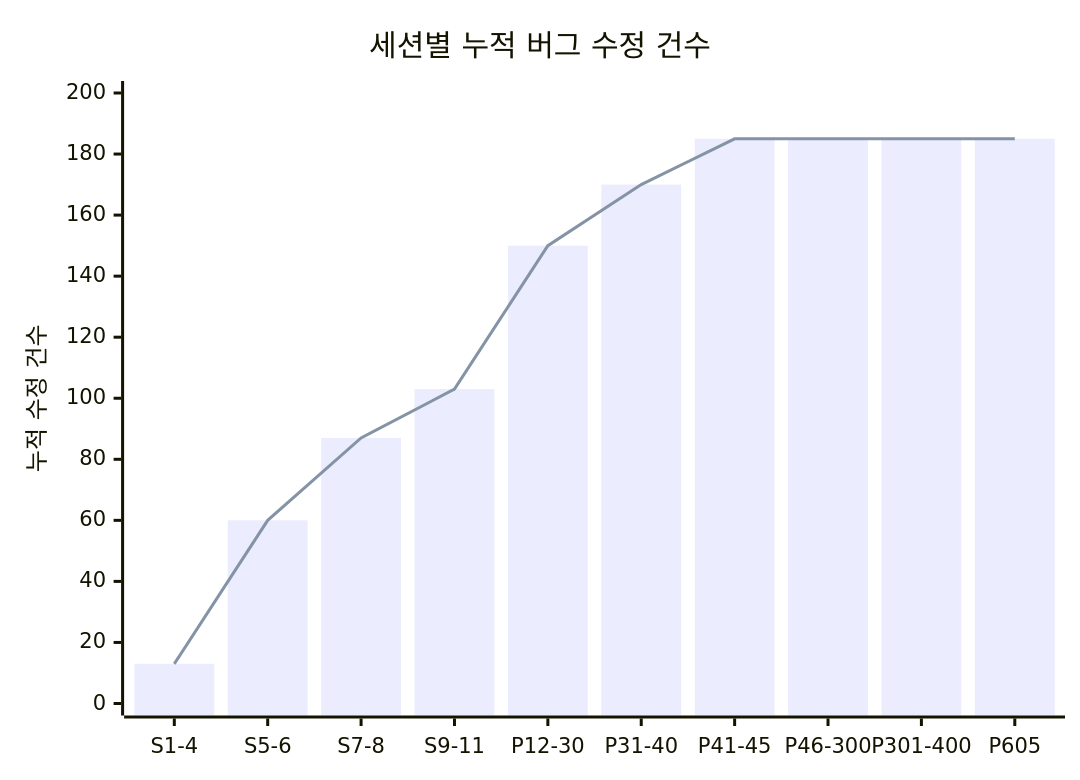
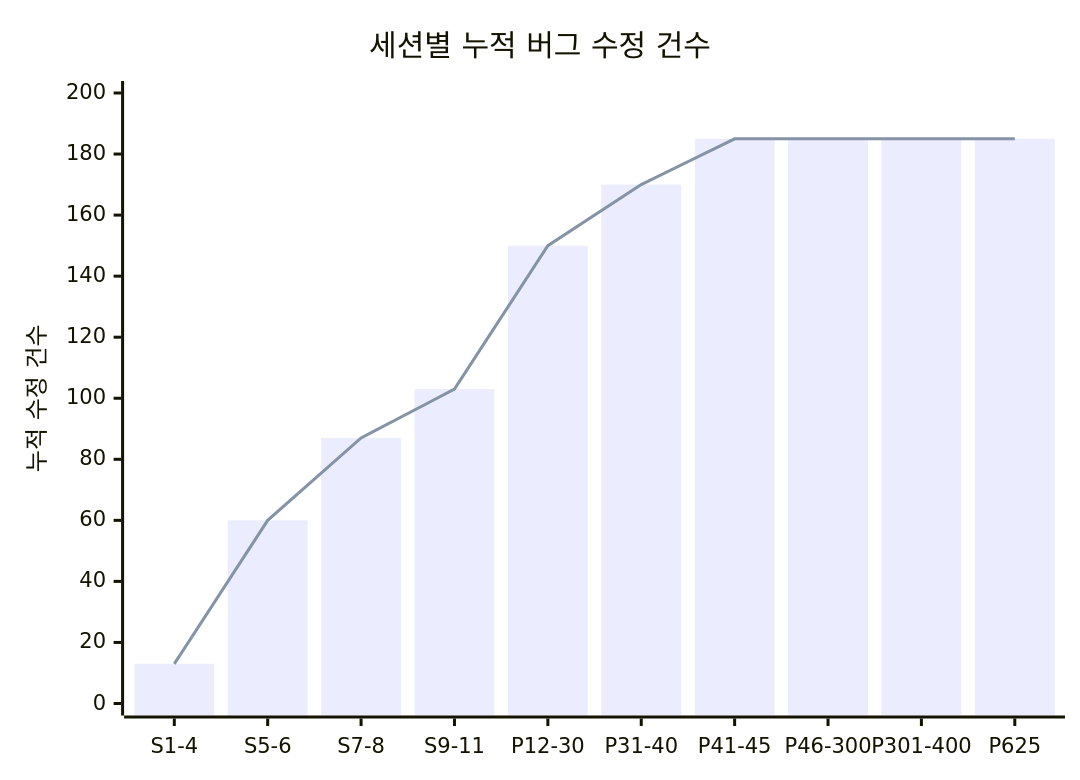
Diagram 22 of 27 in README.md (sun475300-sudo/Swarm-control-in-sc2bot), drawn with Mermaid before and after one commit. The commit also changed other lines of this file and 39 other files, not shown here.

````diff
--- a/README.md
+++ b/README.md
@@ -983,8 +989,8 @@
 ```mermaid
 xychart-beta
     title "세션별 누적 버그 수정 건수"
-    x-axis ["S1-4", "S5-6", "S7-8", "S9-11", "P12-30", "P31-40", "P41-45", "P46-300", "P301-400", "P605"]
+    x-axis ["S1-4", "S5-6", "S7-8", "S9-11", "P12-30", "P31-40", "P41-45", "P46-300", "P301-400", "P625"]
     y-axis "누적 수정 건수" 0 --> 200
     bar [13, 60, 87, 103, 150, 170, 185, 185, 185, 185]
     line [13, 60, 87, 103, 150, 170, 185, 185, 185, 185]
 ```
````
